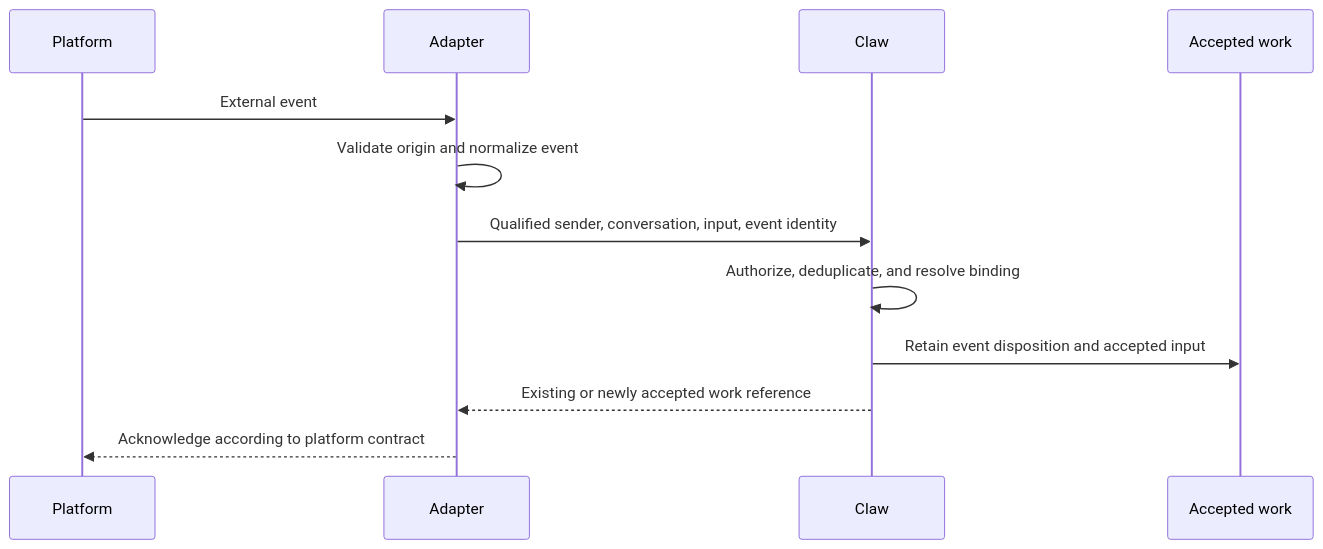
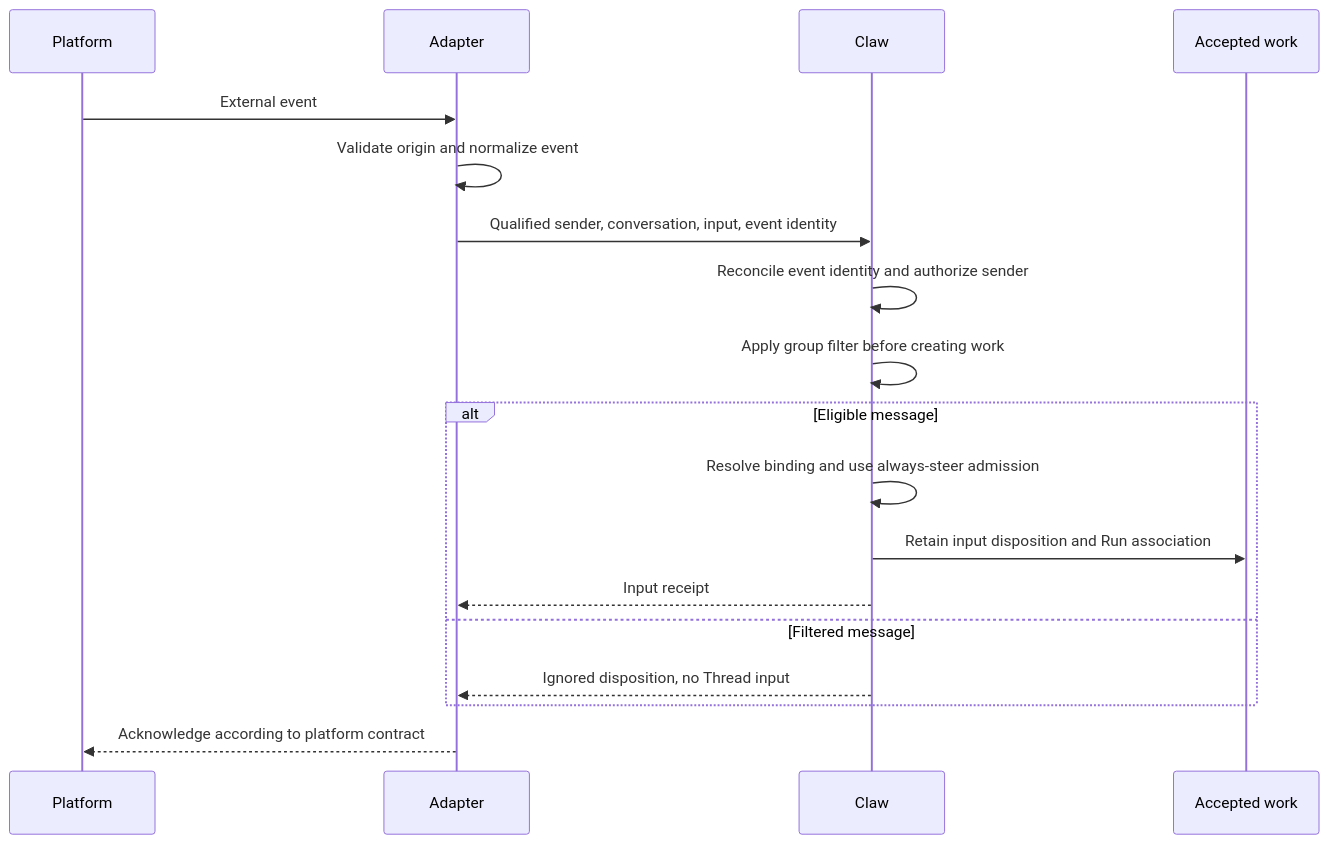
Before and after one commit to Wh1isper/a13n-claw: the diagram in spec/07-bridges-and-clients.md, drawn with Mermaid. The commit also changed other lines of this file and 10 other files, not shown here.

````diff
--- a/spec/07-bridges-and-clients.md
+++ b/spec/07-bridges-and-clients.md
@@ -35,14 +50,20 @@
 ```mermaid
 sequenceDiagram
     participant Platform
     participant Adapter
     participant Claw
     participant Work as Accepted work
     Platform->>Adapter: External event
     Adapter->>Adapter: Validate origin and normalize event
     Adapter->>Claw: Qualified sender, conversation, input, event identity
-    Claw->>Claw: Authorize, deduplicate, and resolve binding
-    Claw->>Work: Retain event disposition and accepted input
-    Claw-->>Adapter: Existing or newly accepted work reference
+    Claw->>Claw: Reconcile event identity and authorize sender
+    Claw->>Claw: Apply group filter before creating work
+    alt Eligible message
+        Claw->>Claw: Resolve binding and use always-steer admission
+        Claw->>Work: Retain input disposition and Run association
+        Claw-->>Adapter: Input receipt
+    else Filtered message
+        Claw-->>Adapter: Ignored disposition, no Thread input
+    end
     Adapter-->>Platform: Acknowledge according to platform contract
 ```
````
